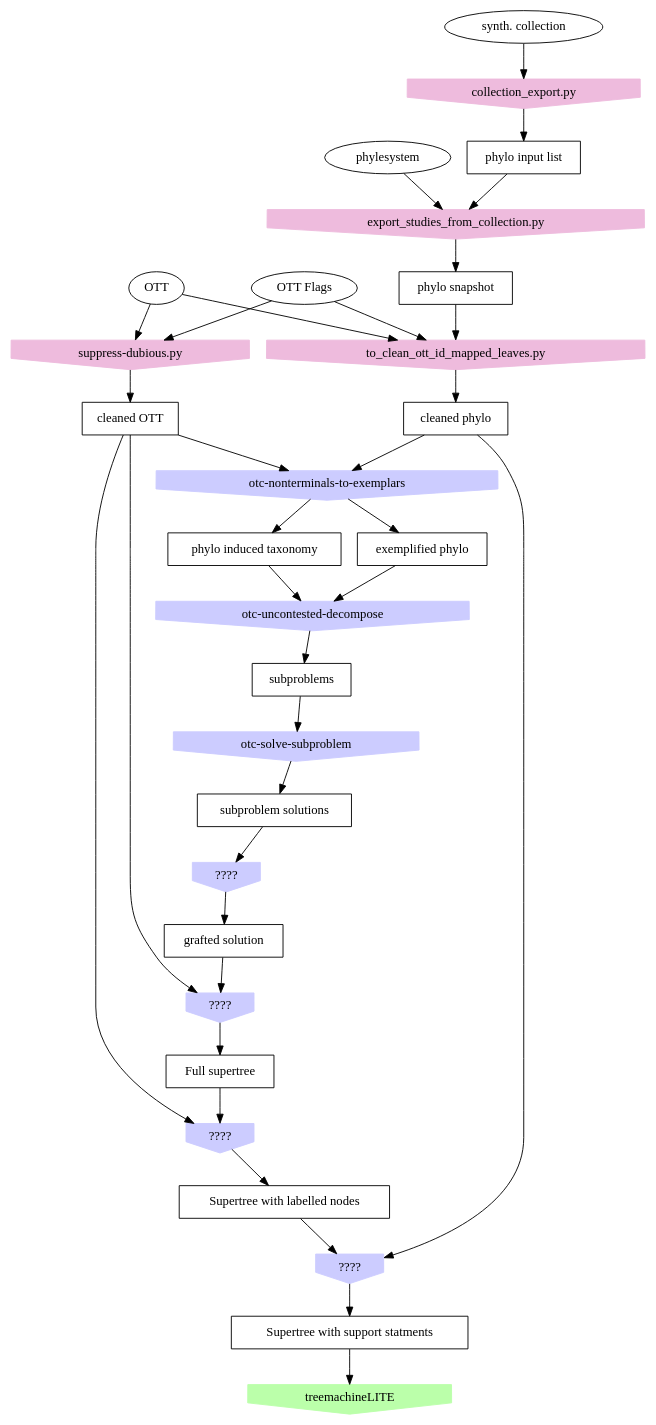
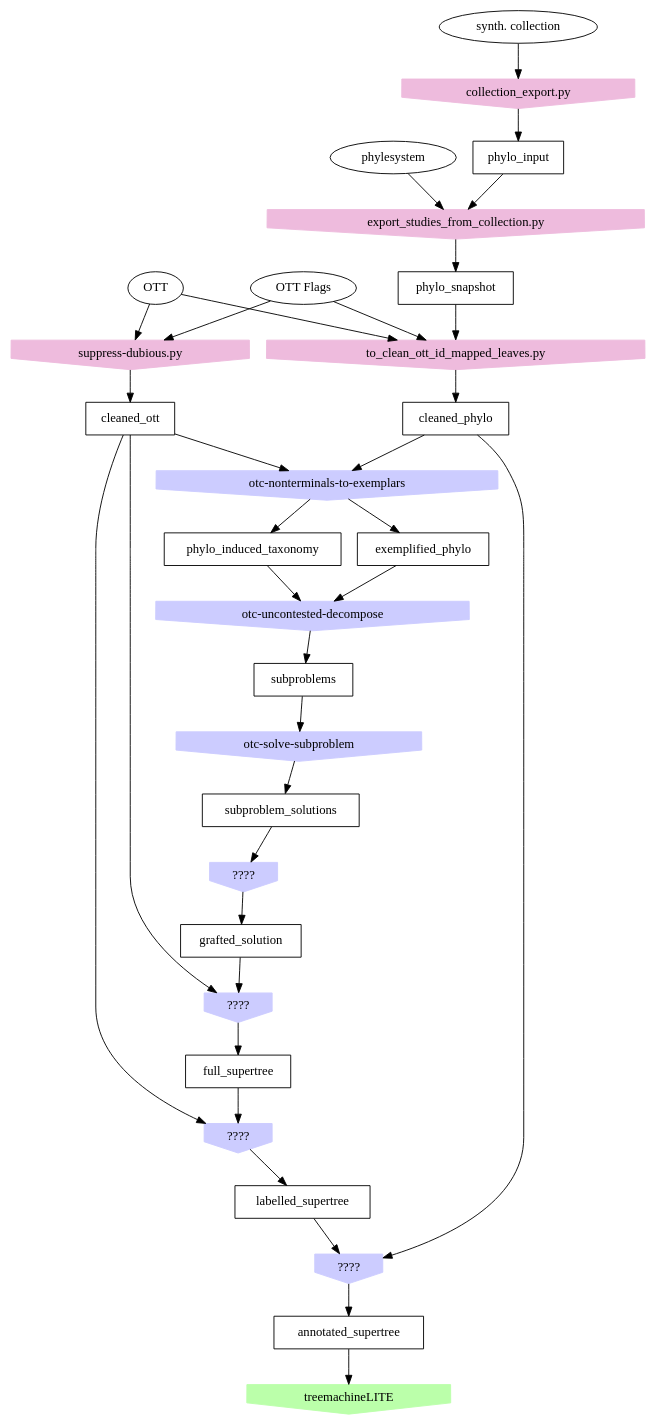
Before and after one commit to OpenTreeOfLife/propinquity: the diagram in doc/pipeline-tools.dot, drawn with Graphviz. The commit also changed 4 other files, not shown here.

```diff
--- a/doc/pipeline-tools.dot
+++ b/doc/pipeline-tools.dot
@@ -1,78 +1,78 @@
 digraph P {
     ottflags [shape=oval label="OTT Flags"];
     ott [shape=oval label="OTT"];
     phylesystem [shape=oval label="phylesystem"];
     synthcoll [shape=oval label="synth. collection"];
 
     cleanedotttool [shape=invhouse label="suppress-dubious.py", style=filled, color="#EEBBDD"];
-    cleanedott [shape=box label="cleaned OTT"];
+    cleanedott [shape=box label="cleaned_ott"];
     ott -> cleanedotttool ;
     ottflags -> cleanedotttool;
     cleanedotttool ->cleanedott;
 
     phyloinputtool [shape=invhouse label="collection_export.py", style=filled, color="#EEBBDD"];
-    phyloinput [shape=box label="phylo input list"];
+    phyloinput [shape=box label="phylo_input"];
     synthcoll -> phyloinputtool ;
     phyloinputtool -> phyloinput;
 
     phylosnapshottool [shape=invhouse label="export_studies_from_collection.py", style=filled, color="#EEBBDD"];
-    phylosnapshot [shape=box label="phylo snapshot"];
+    phylosnapshot [shape=box label="phylo_snapshot"];
     phyloinput -> phylosnapshottool ;
     phylesystem -> phylosnapshottool ;
     phylosnapshottool ->phylosnapshot;
 
     cleanedphylotool [shape=invhouse label="to_clean_ott_id_mapped_leaves.py", style=filled, color="#EEBBDD"];
-    cleanedphylo [shape=box label="cleaned phylo"];
+    cleanedphylo [shape=box label="cleaned_phylo"];
     phylosnapshot -> cleanedphylotool ;
     ottflags -> cleanedphylotool ;
     ott -> cleanedphylotool ;
     cleanedphylotool -> cleanedphylo;
 
     phyloinducedtaxonomytool [shape=invhouse label="otc-nonterminals-to-exemplars" style=filled color="#CCCCFF"];
-    phyloinducedtaxonomy [shape=box label="phylo induced taxonomy"];
-    exemplifiedphylo [shape=box label="exemplified phylo"];
+    phyloinducedtaxonomy [shape=box label="phylo_induced_taxonomy"];
+    exemplifiedphylo [shape=box label="exemplified_phylo"];
     cleanedphylo -> phyloinducedtaxonomytool;
     cleanedott -> phyloinducedtaxonomytool;
     phyloinducedtaxonomytool -> phyloinducedtaxonomy;
     phyloinducedtaxonomytool -> exemplifiedphylo;
 
 
 
     subproblemstool [shape=invhouse label="otc-uncontested-decompose" style=filled color="#CCCCFF"];
     subproblems [shape=box label="subproblems"];
     phyloinducedtaxonomy -> subproblemstool;
     exemplifiedphylo -> subproblemstool;
     subproblemstool -> subproblems;
 
     subproblemsolntool [shape=invhouse label="otc-solve-subproblem" style=filled color="#CCCCFF"];
-    subproblemsoln [shape=box label="subproblem solutions"];
+    subproblemsoln [shape=box label="subproblem_solutions"];
     subproblems -> subproblemsolntool;
     subproblemsolntool -> subproblemsoln;
 
     graftedsolntool [shape=invhouse label="????" style=filled color="#CCCCFF"];
-    graftedsoln [shape=box label="grafted solution"];
+    graftedsoln [shape=box label="grafted_solution"];
     subproblemsoln -> graftedsolntool;
     graftedsolntool -> graftedsoln;
 
     supertreetopotool [shape=invhouse label="????" style=filled color="#CCCCFF"];
-    supertreetopo [shape=box label="Full supertree"];
+    supertreetopo [shape=box label="full_supertree"];
     graftedsoln -> supertreetopotool;
     cleanedott -> supertreetopotool;
     supertreetopotool -> supertreetopo;
 
     taxolabelledsupertreetool [shape=invhouse label="????" style=filled color="#CCCCFF"];
-    taxolabelledsupertree [shape=box label="Supertree with labelled nodes"];
+    taxolabelledsupertree [shape=box label="labelled_supertree"];
     cleanedott -> taxolabelledsupertreetool;
     supertreetopo -> taxolabelledsupertreetool;
     taxolabelledsupertreetool -> taxolabelledsupertree;
 
     supertreewithsupporttool [shape=invhouse label="????" style=filled color="#CCCCFF"];
-    supertreewithsupport [shape=box label="Supertree with support statments"];
+    supertreewithsupport [shape=box label="annotated_supertree"];
     taxolabelledsupertree -> supertreewithsupporttool;
     cleanedphylo -> supertreewithsupporttool;
     supertreewithsupporttool -> supertreewithsupport;
 
     treemachineLite [shape=invhouse label="treemachineLITE" style=filled color="#BBFFAA"];
     supertreewithsupport -> treemachineLite;
 
 }
```
